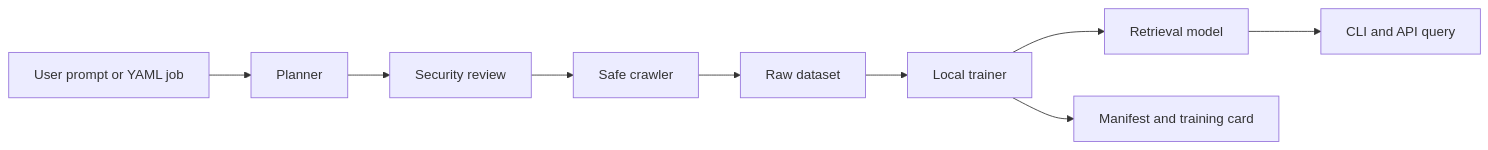
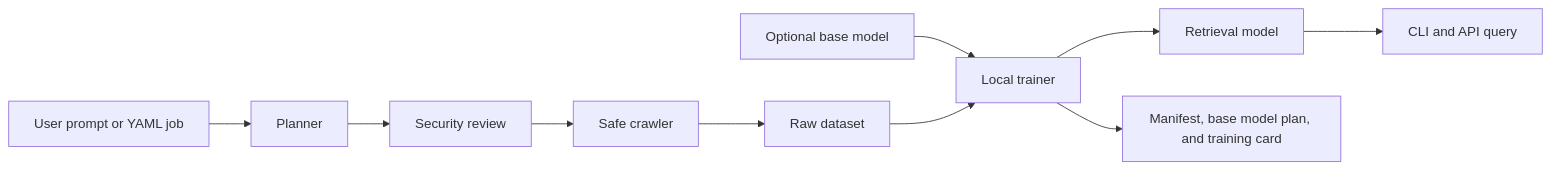
Before and after one commit to edd957/autotrain-data-forge: the diagram in docs/architecture.md, drawn with Mermaid. The commit also changed other lines of this file, not shown here.

Commit message:
Add base model selection support

````diff
--- a/docs/architecture.md
+++ b/docs/architecture.md
@@ -5,11 +5,12 @@
 ```mermaid
 flowchart LR
     A["User prompt or YAML job"] --> B["Planner"]
     B --> C["Security review"]
     C --> D["Safe crawler"]
     D --> E["Raw dataset"]
-    E --> F["Local trainer"]
+    M["Optional base model"] --> F["Local trainer"]
+    E --> F
     F --> G["Retrieval model"]
-    F --> H["Manifest and training card"]
+    F --> H["Manifest, base model plan, and training card"]
     G --> I["CLI and API query"]
 ```
````
